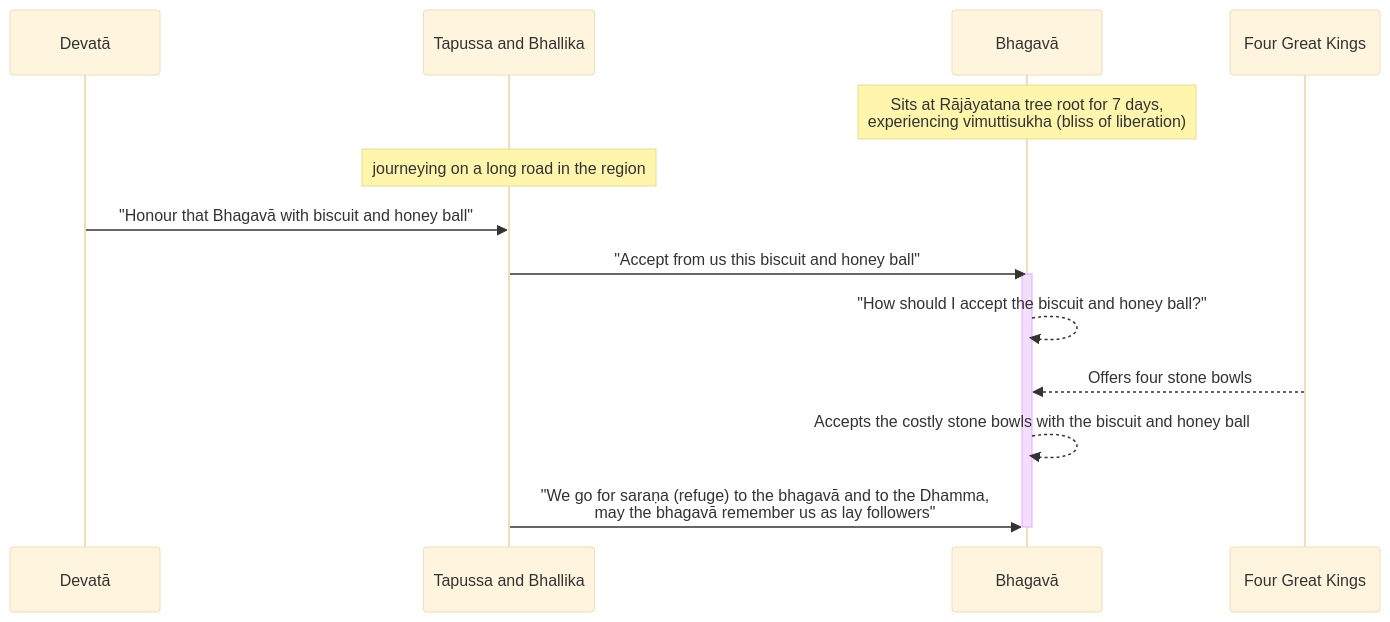
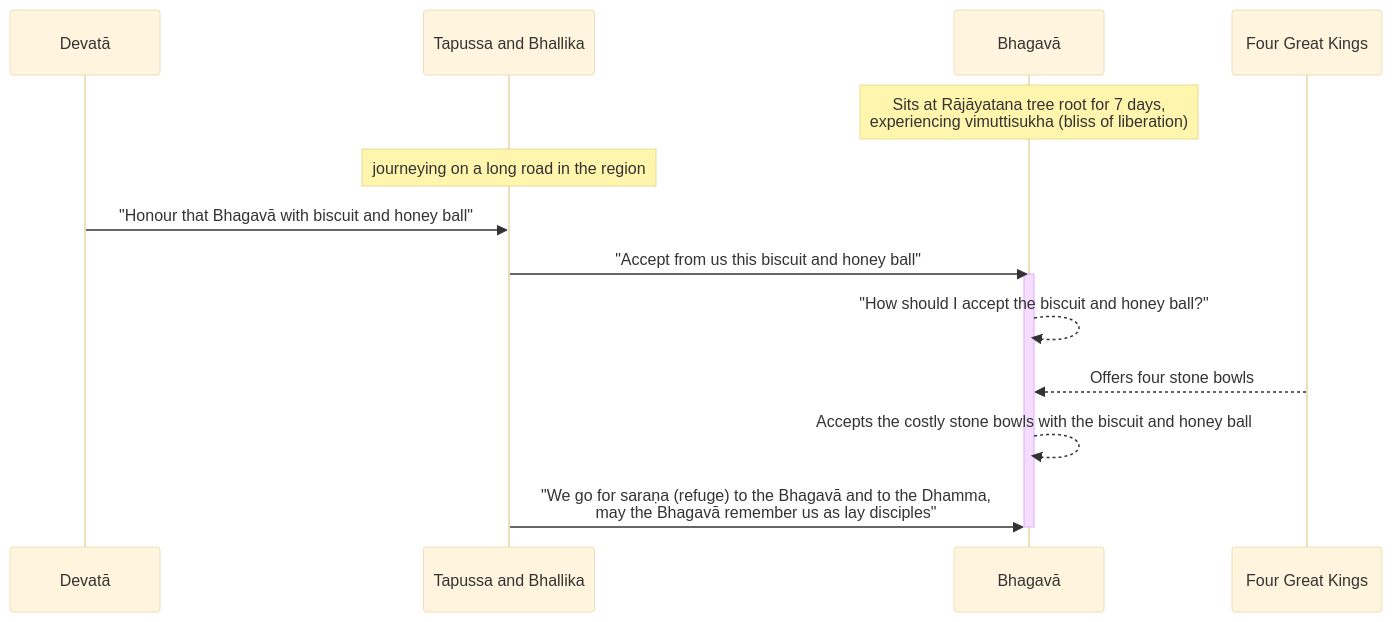
One commit to tidipa/tidipa.github.io changed the diagram in src/content/docs/khandhaka/1-4.mdx. Above: the diagram before and after it, drawn with Mermaid (base theme). The commit also changed other lines of this file and 48 other files, not shown here.

````diff
--- a/src/content/docs/khandhaka/1-4.mdx
+++ b/src/content/docs/khandhaka/1-4.mdx
@@ -31,27 +31,27 @@
 ```mermaid
 sequenceDiagram
     participant deity as Devatā
     participant merchants as Tapussa and Bhallika
     participant bhagava as Bhagavā
     participant kings as Four Great Kings
 
     Note over bhagava: Sits at Rājāyatana tree root for 7 days,<br>experiencing vimuttisukha (bliss of liberation)
 
     Note over merchants: journeying on a long road in the region
 
     deity->>merchants: "Honour that Bhagavā with biscuit and honey ball"
 
     merchants->>bhagava: "Accept from us this biscuit and honey ball"
 
     activate bhagava
 
     bhagava-->>bhagava: "How should I accept the biscuit and honey ball?"
 
     kings-->>bhagava: Offers four stone bowls
 
     bhagava-->>bhagava: Accepts the costly stone bowls with the biscuit and honey ball
 
-    merchants->>bhagava: "We go for saraṇa (refuge) to the bhagavā and to the Dhamma, <br> may the bhagavā remember us as lay followers"
+    merchants->>bhagava: "We go for saraṇa (refuge) to the Bhagavā and to the Dhamma, <br> may the Bhagavā remember us as lay disciples"
 
     deactivate bhagava
 ```
````
